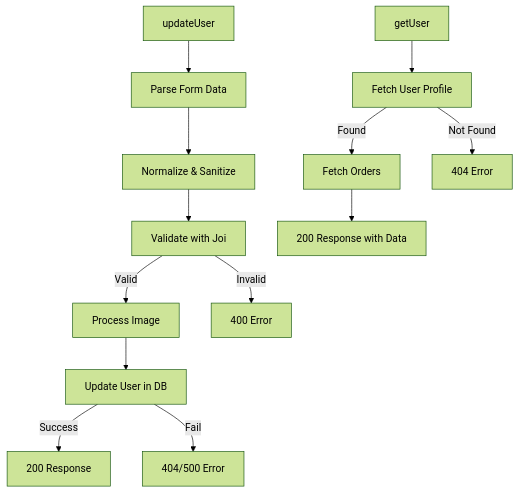
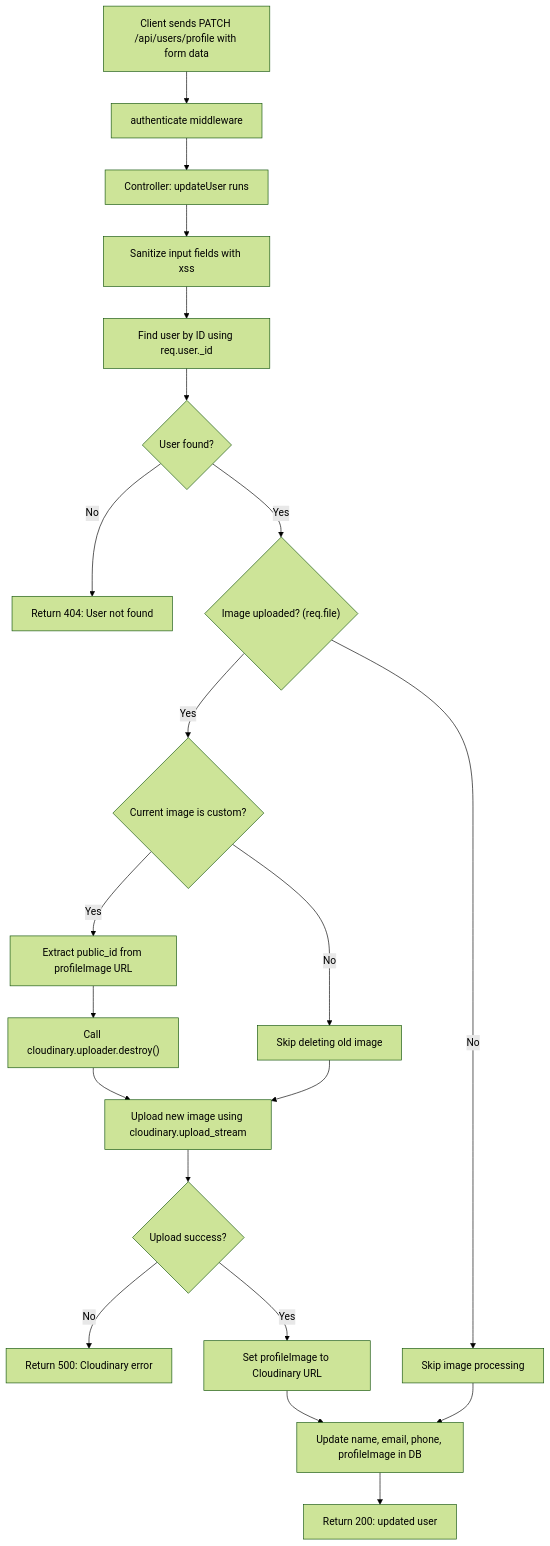
One commit to RJD72/E-commerce changed the first of 2 diagrams in server/controllers/user_management/USERREADME.md. Above: the diagram before and after it, drawn with Mermaid (forest theme). The commit also changed other lines of this file and 49 other files, not shown here.

````diff
--- a/server/controllers/user_management/USERREADME.md
+++ b/server/controllers/user_management/USERREADME.md
@@ -119,16 +3,29 @@
 ```mermaid
-graph TD
-  A[updateUser] --> B[Parse Form Data]
-  B --> C[Normalize & Sanitize]
-  C --> D[Validate with Joi]
-  D -->|Valid| E[Process Image]
-  D -->|Invalid| F[400 Error]
-  E --> G[Update User in DB]
-  G -->|Success| H[200 Response]
-  G -->|Fail| I[404/500 Error]
+flowchart TD
+  A[Client sends PATCH /api/users/profile with form data] --> B[authenticate middleware]
+  B --> C[Controller: updateUser runs]
 
-  J[getUser] --> K[Fetch User Profile]
-  K -->|Found| L[Fetch Orders]
-  K -->|Not Found| M[404 Error]
-  L --> N[200 Response with Data]
+  C --> D[Sanitize input fields with xss]
+  D --> E[Find user by ID using req.user._id]
+  E --> F{User found?}
+
+  F -- No --> G[Return 404: User not found]
+  F -- Yes --> H{Image uploaded? #40;req.file#41;}
+
+  H -- Yes --> I{Current image is custom?}
+  I -- Yes --> J[Extract public_id from profileImage URL]
+  J --> K[Call cloudinary.uploader.destroy#40;#41;]
+  I -- No --> L[Skip deleting old image]
+
+  K --> M[Upload new image using cloudinary.upload_stream]
+  L --> M
+  M --> N{Upload success?}
+  N -- No --> O[Return 500: Cloudinary error]
+  N -- Yes --> P[Set profileImage to Cloudinary URL]
+
+  H -- No --> Q[Skip image processing]
+
+  P --> R[Update name, email, phone, profileImage in DB]
+  Q --> R
+  R --> S[Return 200: updated user]
 ```
````
